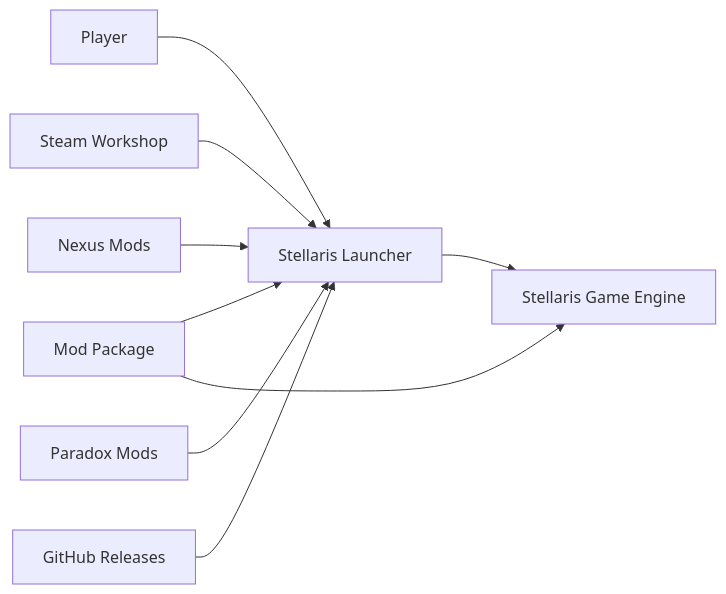
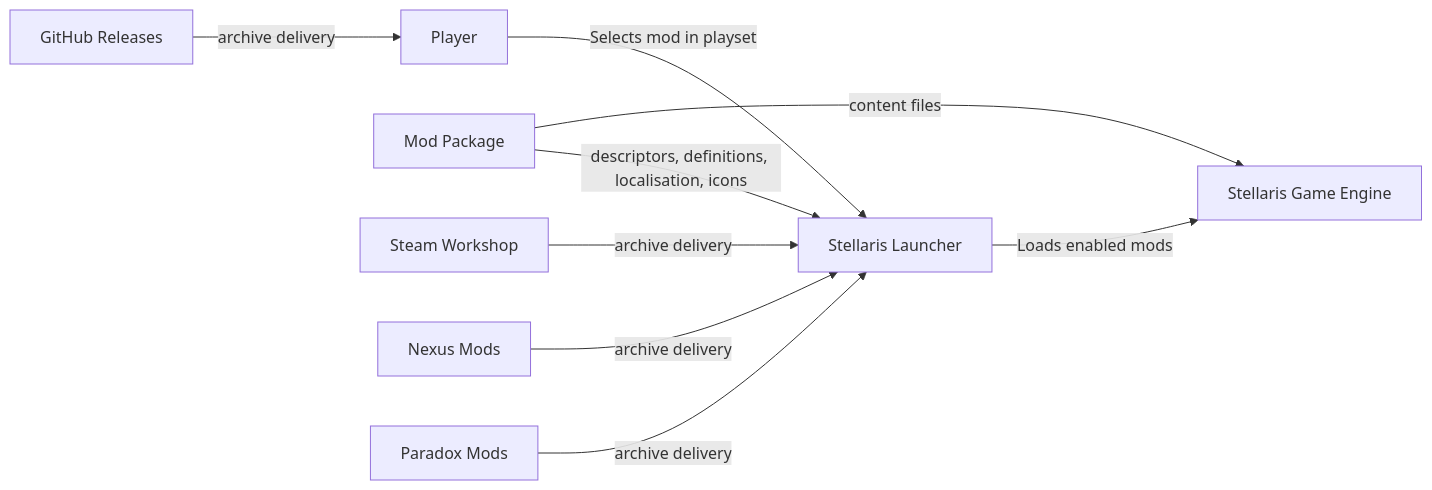
One commit to hmlendea/stellaris-ui-species-traits changed the first of 7 diagrams in ARCHITECTURE.md. Above: the diagram before and after it, drawn with Mermaid. The commit also changed other lines of this file and 23 other files, not shown here.

````diff
--- a/ARCHITECTURE.md
+++ b/ARCHITECTURE.md
@@ -32,11 +56,11 @@
 ```mermaid
 flowchart LR
-    Player[Player] --> Launcher[Stellaris Launcher]
-    Launcher --> Game[Stellaris Game Engine]
-    Mod[Mod Package] --> Launcher
-    Mod --> Game
-    Steam[Steam Workshop] --> Launcher
-    Nexus[Nexus Mods] --> Launcher
-    Paradox[Paradox Mods] --> Launcher
-    GitHub[GitHub Releases] --> Launcher
+    Player[Player] -->|Selects mod in playset| Launcher[Stellaris Launcher]
+    Launcher -->|Loads enabled mods| Engine[Stellaris Game Engine]
+    Package[Mod Package] -->|descriptors, definitions, localisation, icons| Launcher
+    Package -->|content files| Engine
+    Workshop[Steam Workshop] -->|archive delivery| Launcher
+    Nexus[Nexus Mods] -->|archive delivery| Launcher
+    Paradox[Paradox Mods] -->|archive delivery| Launcher
+    GitHub[GitHub Releases] -->|archive delivery| Player
 ```
````
